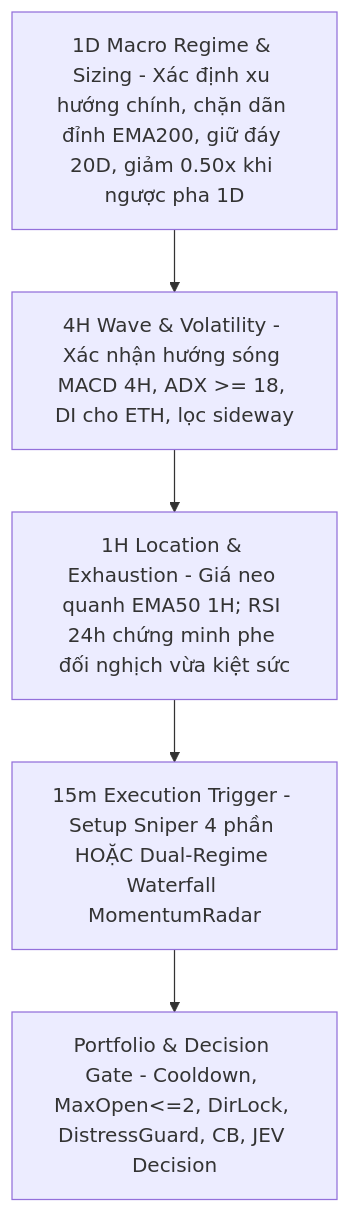
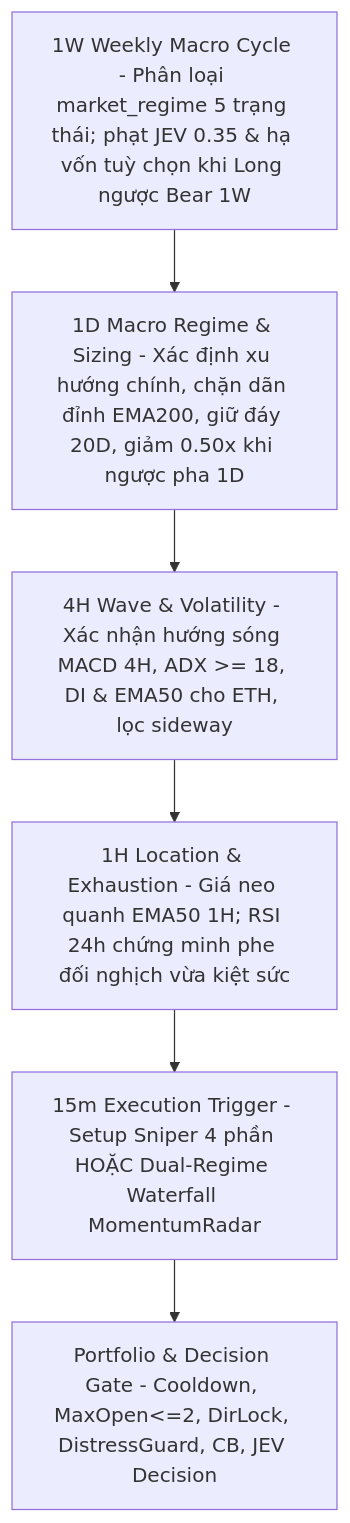
Before and after one commit to 9xlayer/freqtrade: the diagram in strategies/mtf_sniper/docs/PHILOSOPHY.md, drawn with Mermaid. The commit also changed other lines of this file and 9 other files, not shown here.

Commit message:
docs(mtf_sniper): complete authoritative architecture, guardrails, and live readiness docs

````diff
--- a/strategies/mtf_sniper/docs/PHILOSOPHY.md
+++ b/strategies/mtf_sniper/docs/PHILOSOPHY.md
@@ -23,7 +23,8 @@
 ```mermaid
 flowchart TD
-    D1["1D Macro Regime & Sizing - Xác định xu hướng chính, chặn dãn đỉnh EMA200, giữ đáy 20D, giảm 0.50x khi ngược pha 1D"] --> H4["4H Wave & Volatility - Xác nhận hướng sóng MACD 4H, ADX >= 18, DI cho ETH, lọc sideway"]
+    W1["1W Weekly Macro Cycle - Phân loại market_regime 5 trạng thái; phạt JEV 0.35 & hạ vốn tuỳ chọn khi Long ngược Bear 1W"] --> D1["1D Macro Regime & Sizing - Xác định xu hướng chính, chặn dãn đỉnh EMA200, giữ đáy 20D, giảm 0.50x khi ngược pha 1D"]
+    D1 --> H4["4H Wave & Volatility - Xác nhận hướng sóng MACD 4H, ADX >= 18, DI & EMA50 cho ETH, lọc sideway"]
     H4 --> H1["1H Location & Exhaustion - Giá neo quanh EMA50 1H; RSI 24h chứng minh phe đối nghịch vừa kiệt sức"]
     H1 --> M15["15m Execution Trigger - Setup Sniper 4 phần HOẶC Dual-Regime Waterfall MomentumRadar"]
     M15 --> GATE["Portfolio & Decision Gate - Cooldown, MaxOpen<=2, DirLock, DistressGuard, CB, JEV Decision"]
 ```
````
